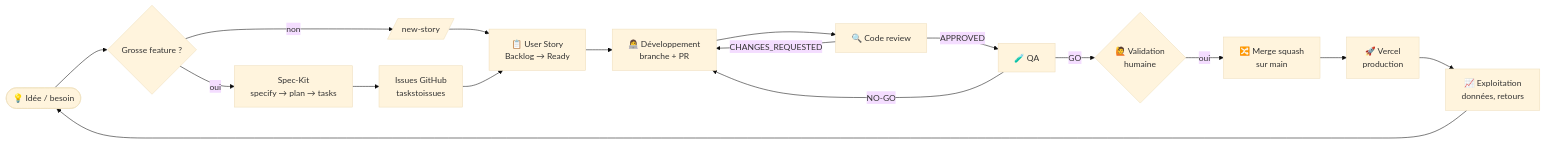
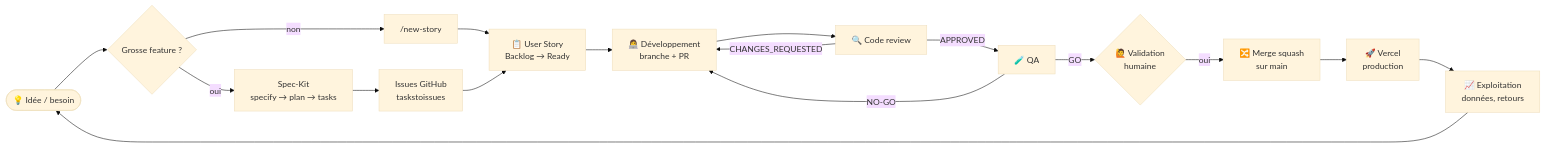
One commit to mehdisebei-debug/KIDS-APP changed the first of 12 diagrams in docs/SDLC.md. Above: the diagram before and after it, drawn with Mermaid (base theme). The commit also changed other lines of this file, not shown here.

````diff
--- a/docs/SDLC.md
+++ b/docs/SDLC.md
@@ -41,19 +41,19 @@
 ```mermaid
 flowchart LR
     A([💡 Idée / besoin]) --> B{Grosse feature ?}
     B -- oui --> C[Spec-Kit<br/>specify → plan → tasks]
-    B -- non --> D[/new-story/]
+    B -- non --> D["/new-story"]
     C --> D2[Issues GitHub<br/>taskstoissues]
     D --> E[📋 User Story<br/>Backlog → Ready]
     D2 --> E
     E --> F[👩‍💻 Développement<br/>branche + PR]
     F --> G[🔍 Code review]
     G -- CHANGES_REQUESTED --> F
     G -- APPROVED --> H[🧪 QA]
     H -- NO-GO --> F
     H -- GO --> I{🙋 Validation<br/>humaine}
     I -- oui --> J[🔀 Merge squash<br/>sur main]
     J --> K[🚀 Vercel<br/>production]
     K --> L[📈 Exploitation<br/>données, retours]
     L --> A
 ```
````
